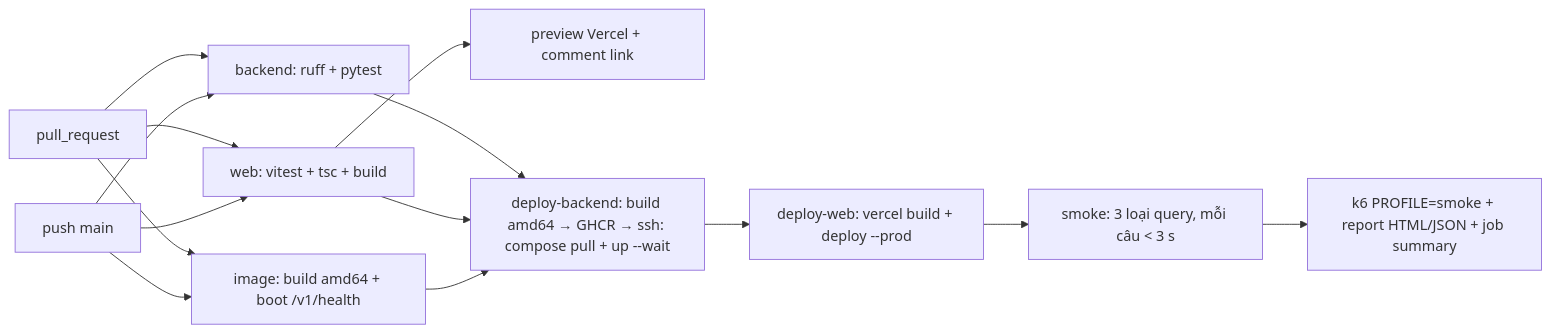
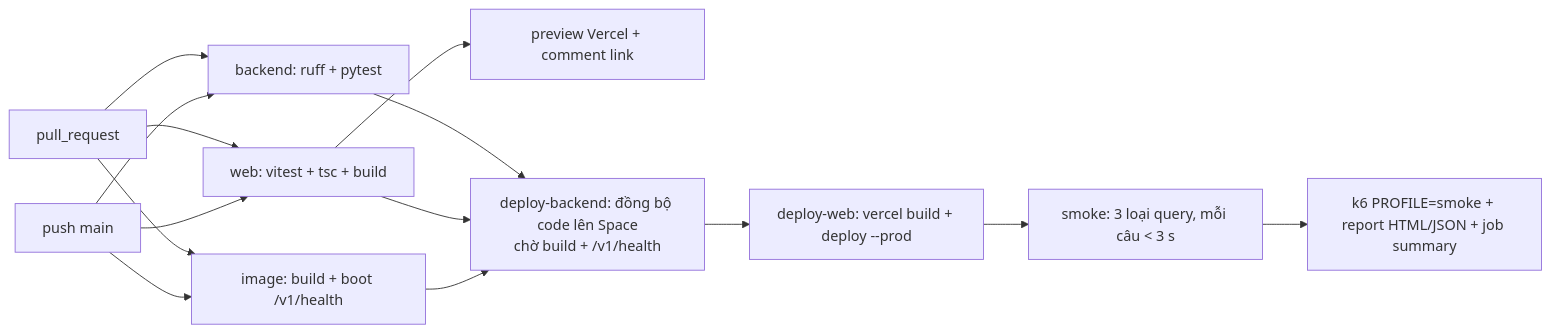
Before and after one commit to vuongej/heritage-image-retrieval: the second of 2 diagrams in docs/deploy.md, drawn with Mermaid. The commit also changed other lines of this file and 5 other files, not shown here.

First line of the commit message:
Deploy backend lên HF Space private (PRO) qua CI

````diff
--- a/docs/deploy.md
+++ b/docs/deploy.md
@@ -55,12 +55,12 @@
 ```mermaid
 flowchart LR
     PR[pull_request] --> B[backend: ruff + pytest]
     PR --> W[web: vitest + tsc + build]
-    PR --> I[image: build amd64 + boot /v1/health]
+    PR --> I[image: build + boot /v1/health]
     W --> PV[preview Vercel + comment link]
     M[push main] --> B & W & I
-    B & W & I --> DB[deploy-backend: build amd64 → GHCR → ssh: compose pull + up --wait]
+    B & W & I --> DB[deploy-backend: đồng bộ code lên Space<br/>chờ build + /v1/health]
     DB --> DW[deploy-web: vercel build + deploy --prod]
     DW --> SM[smoke: 3 loại query, mỗi câu < 3 s]
     SM --> K6[k6 PROFILE=smoke + report HTML/JSON + job summary]
 ```
````
